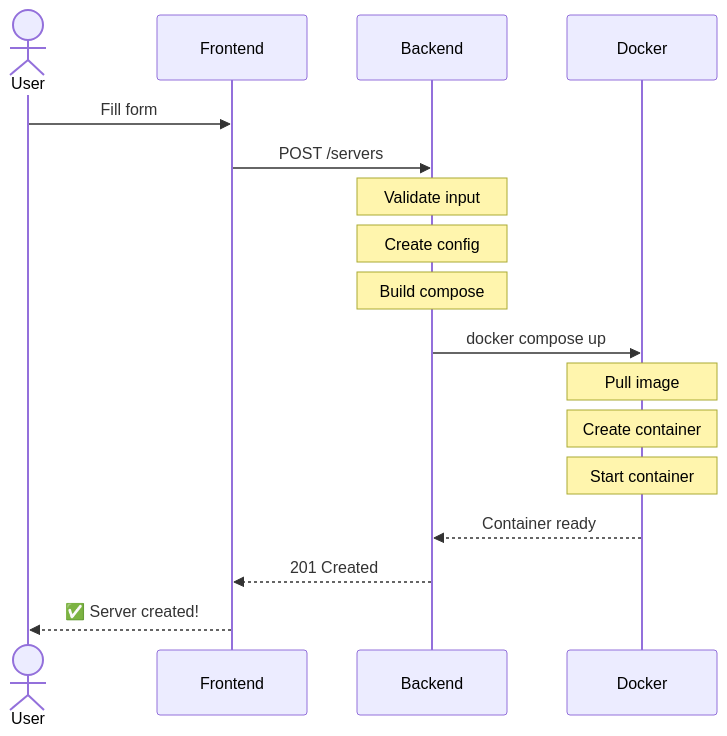
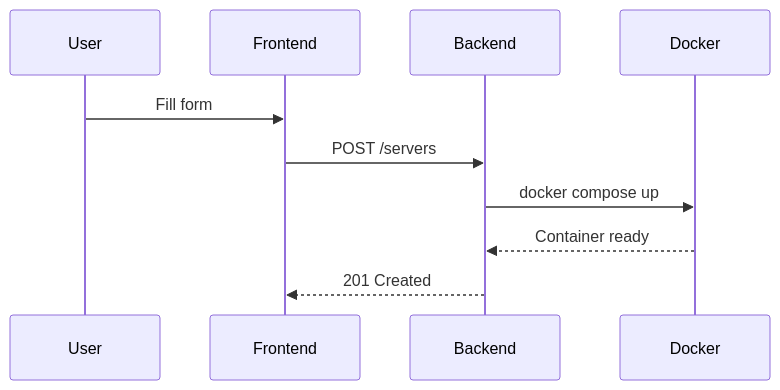
Before and after one commit to Ketbome/minepanel: the second of 3 diagrams in doc/architecture.md, drawn with Mermaid. The commit also changed other lines of this file and 10 other files, not shown here.

````diff
--- a/doc/architecture.md
+++ b/doc/architecture.md
@@ -314,24 +55,8 @@
 ```mermaid
 sequenceDiagram
-    actor User
-    participant Frontend
-    participant Backend
-    participant Docker
-
     User->>Frontend: Fill form
     Frontend->>Backend: POST /servers
-
-    Note over Backend: Validate input
-    Note over Backend: Create config
-    Note over Backend: Build compose
-
     Backend->>Docker: docker compose up
-
-    Note over Docker: Pull image
-    Note over Docker: Create container
-    Note over Docker: Start container
-
     Docker-->>Backend: Container ready
     Backend-->>Frontend: 201 Created
-    Frontend-->>User: ✅ Server created!
 ```
````
